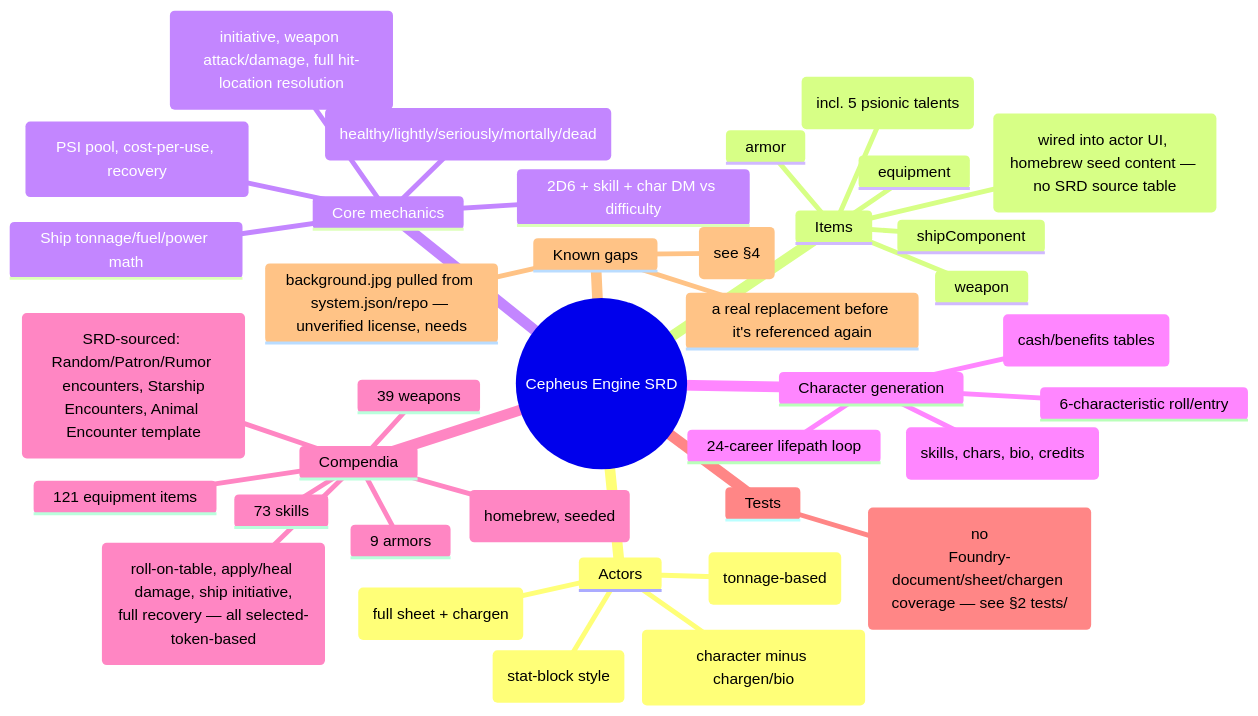
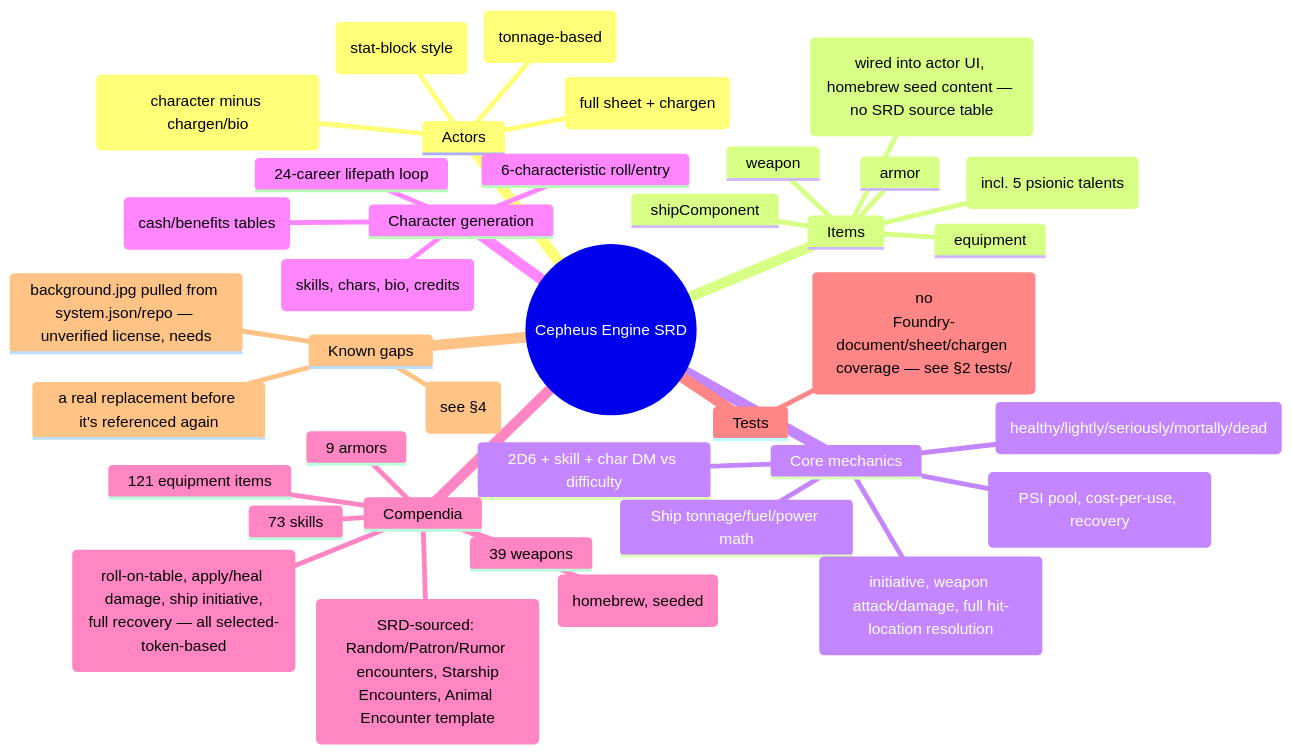
The diagram in PROJECT_STATUS.md (JoshuaErney/cepheus-engine), drawn with Mermaid before and after one commit. The commit also changed other lines of this file and 62 other files, not shown here.

````diff
--- a/PROJECT_STATUS.md
+++ b/PROJECT_STATUS.md
@@ -31,44 +39,44 @@
 ```mermaid
 mindmap
   root((Cepheus Engine SRD))
     Actors
       character (full sheet + chargen)
       npc (character minus chargen/bio)
       creature (stat-block style)
       ship (tonnage-based)
     Items
       skill (incl. 5 psionic talents)
       weapon
       armor
       equipment
       augment (wired into actor UI, homebrew seed content — no SRD source table)
       shipComponent
     Core mechanics
       2D6 + skill + char DM vs difficulty
       Wound states (healthy/lightly/seriously/mortally/dead)
       Psionics (PSI pool, cost-per-use, recovery)
       Ship tonnage/fuel/power math
       Space combat (initiative, weapon attack/damage, full hit-location resolution)
     Character generation
       6-characteristic roll/entry
       24-career lifepath loop
       Muster-out (cash/benefits tables)
       Apply-to-actor (skills, chars, bio, credits)
     Compendia
       73 skills
       39 weapons
       9 armors
       121 equipment items
       12 augments (homebrew, seeded)
       5 GM rollable tables (SRD-sourced: Random/Patron/Rumor encounters, Starship
         Encounters, Animal Encounter template)
       5 ready-to-use macros (roll-on-table, apply/heal damage, ship initiative,
         full recovery — all selected-token-based)
     Tests
       bun test — 86 tests, pure-logic modules + data/localization only (no
       Foundry-document/sheet/chargen coverage — see §2 tests/)
     Known gaps
-      Not yet exercised in a live Foundry session (see §4)
       background.jpg pulled from system.json/repo — unverified license, needs
       a real replacement before it's referenced again
+      Ship components have no tonnage/power capacity enforcement (see §4)
 ```
````
